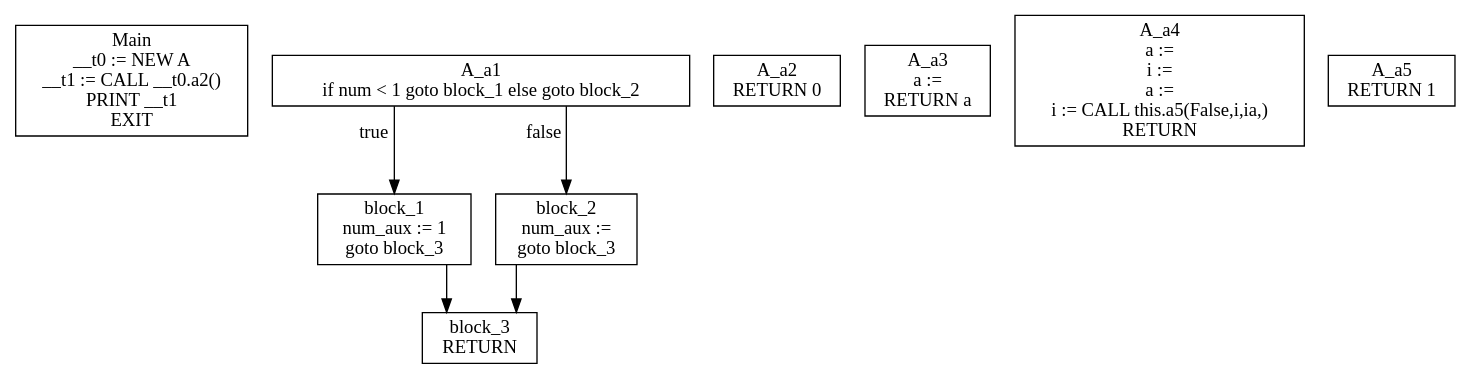
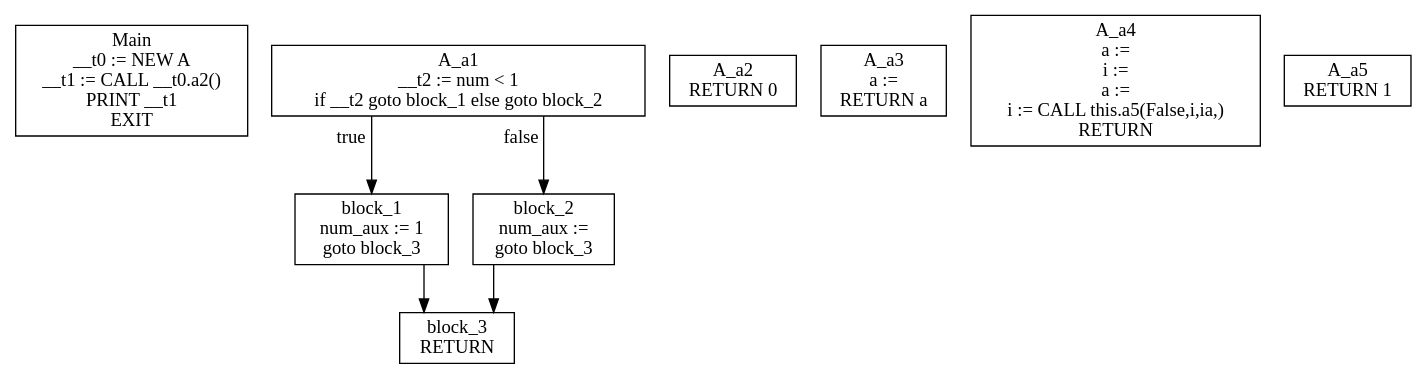
Before and after one commit to KarmaSora/Compiler: the diagram in gettingStarted/cfg.dot, drawn with Graphviz. The commit also changed 4 other files, not shown here.

```diff
--- a/gettingStarted/cfg.dot
+++ b/gettingStarted/cfg.dot
@@ -1,17 +1,17 @@
 digraph CFG {
 graph [splines=ortho];
 node [shape=box];
 Main [label="Main\n__t0 := NEW A\n__t1 := CALL __t0.a2()\nPRINT __t1\nEXIT\n"];
 A_a1 -> block_1 [xlabel="true"];
 A_a1 -> block_2 [xlabel="false"];
-A_a1 [label="A_a1\nif num < 1 goto block_1 else goto block_2\n"];
+A_a1 [label="A_a1\n__t2 := num < 1\nif __t2 goto block_1 else goto block_2\n"];
 block_1 -> block_3;
 block_1 [label="block_1\nnum_aux := 1\ngoto block_3\n"];
 block_2 -> block_3;
 block_2 [label="block_2\nnum_aux := \ngoto block_3\n"];
 block_3 [label="block_3\nRETURN \n"];
 A_a2 [label="A_a2\nRETURN 0\n"];
 A_a3 [label="A_a3\na := \nRETURN a\n"];
 A_a4 [label="A_a4\na := \ni := \na := \ni := CALL this.a5(False,i,ia,)\nRETURN \n"];
 A_a5 [label="A_a5\nRETURN 1\n"];
 }
```
